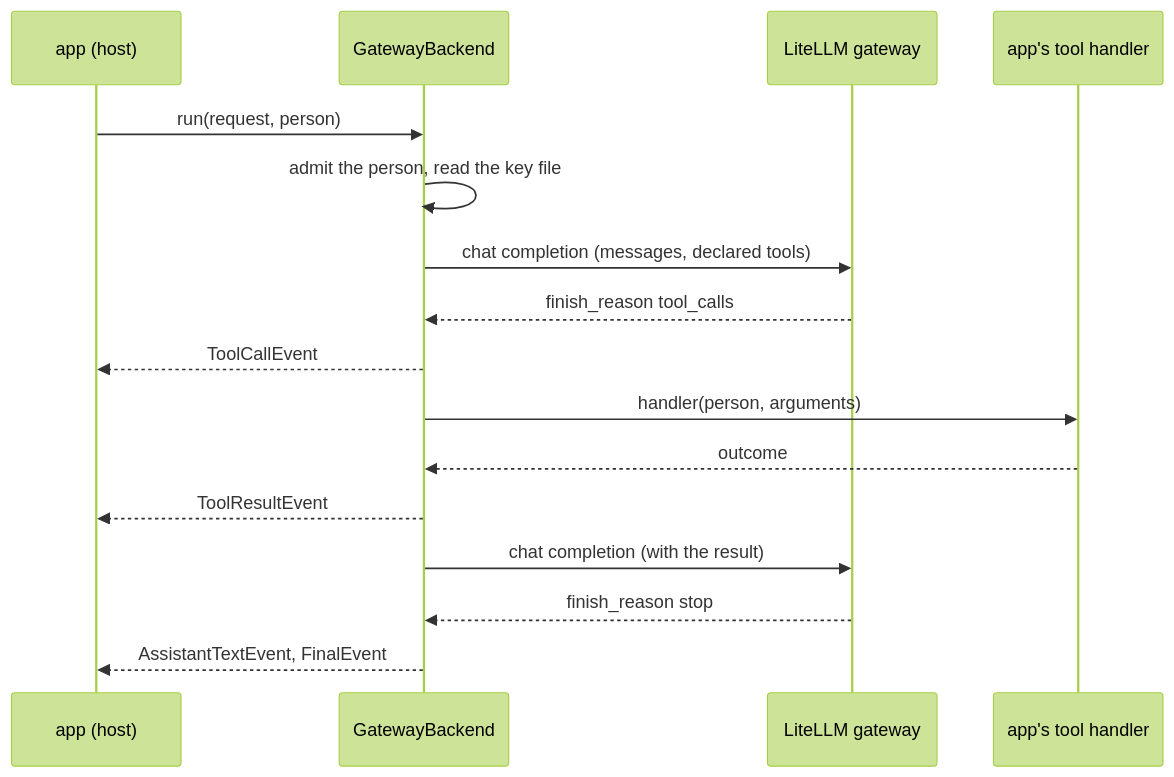
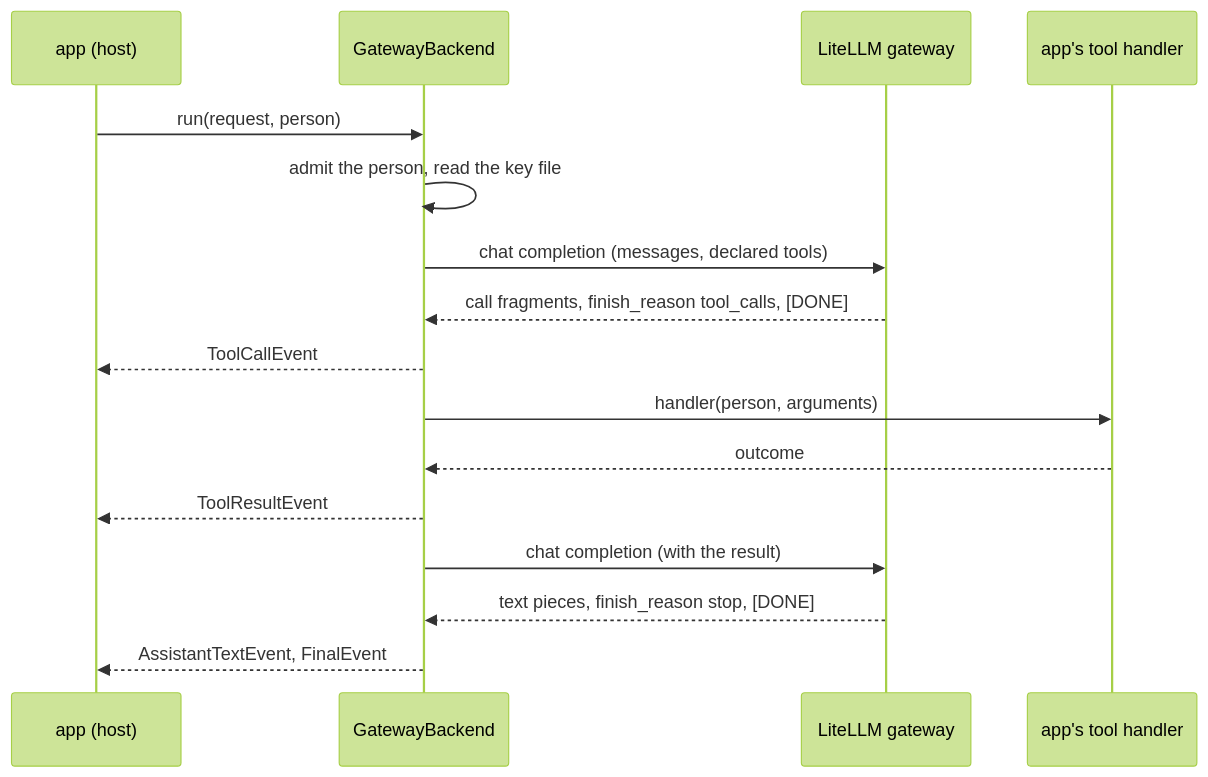
One commit to overnightworks/agent-runtime changed the second of 2 diagrams in docs/ARCHITECTURE.md. Above: the diagram before and after it, drawn with Mermaid (forest theme). The commit also changed other lines of this file and 11 other files, not shown here.

````diff
--- a/docs/ARCHITECTURE.md
+++ b/docs/ARCHITECTURE.md
@@ -68,18 +69,18 @@
 ```mermaid
 sequenceDiagram
     participant App as app (host)
     participant GB as GatewayBackend
     participant GW as LiteLLM gateway
     participant H as app's tool handler
     App->>GB: run(request, person)
     GB->>GB: admit the person, read the key file
     GB->>GW: chat completion (messages, declared tools)
-    GW-->>GB: finish_reason tool_calls
+    GW-->>GB: call fragments, finish_reason tool_calls, [DONE]
     GB-->>App: ToolCallEvent
     GB->>H: handler(person, arguments)
     H-->>GB: outcome
     GB-->>App: ToolResultEvent
     GB->>GW: chat completion (with the result)
-    GW-->>GB: finish_reason stop
+    GW-->>GB: text pieces, finish_reason stop, [DONE]
     GB-->>App: AssistantTextEvent, FinalEvent
 ```
````
